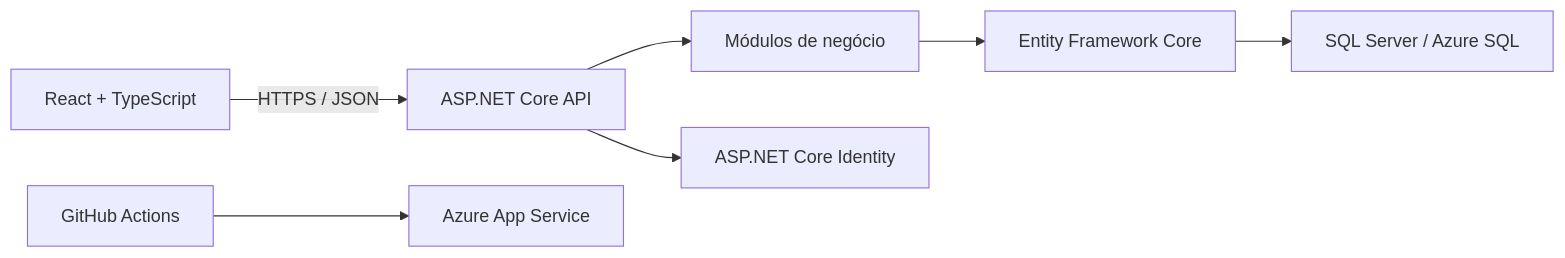
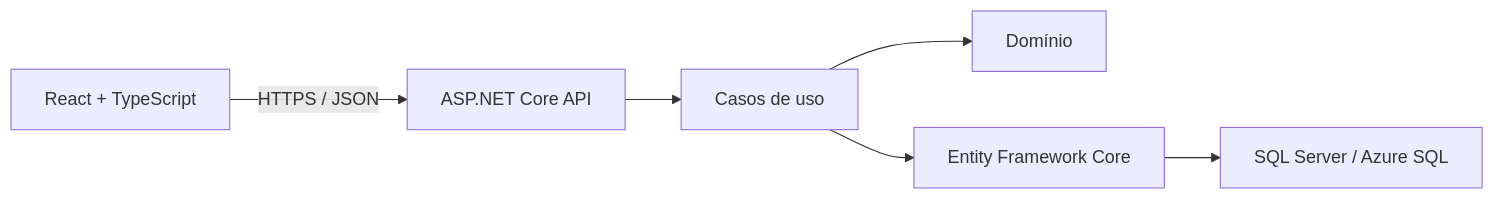
The second of 2 diagrams in README.md (Felipe-everardo/ficha-digital), drawn with Mermaid before and after one commit. The commit also changed other lines of this file and 1 other file, not shown here.

````diff
--- a/README.md
+++ b/README.md
@@ -150,9 +70,8 @@
 ```mermaid
 flowchart LR
     A["React + TypeScript"] -->|"HTTPS / JSON"| B["ASP.NET Core API"]
-    B --> C["Módulos de negócio"]
-    C --> D["Entity Framework Core"]
-    D --> E["SQL Server / Azure SQL"]
-    B --> F["ASP.NET Core Identity"]
-    G["GitHub Actions"] --> H["Azure App Service"]
+    B --> C["Casos de uso"]
+    C --> D["Domínio"]
+    C --> E["Entity Framework Core"]
+    E --> F["SQL Server / Azure SQL"]
 ```
````
